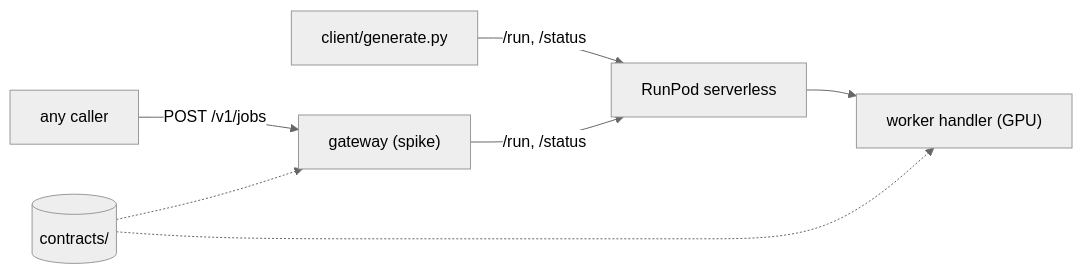
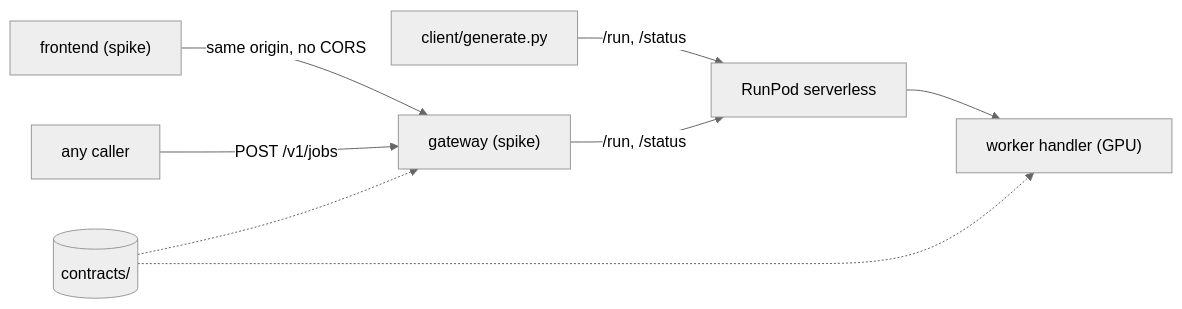
Before and after one commit to andyozj/test-runpod: the second of 7 diagrams in README.md, drawn with Mermaid (neutral theme). The commit also changed other lines of this file and 5 other files, not shown here.

````diff
--- a/README.md
+++ b/README.md
@@ -279,9 +288,10 @@
 ```mermaid
 flowchart LR
+    fe["frontend (spike)"] -->|"same origin, no CORS"| gw
     caller["any caller"] -->|"POST /v1/jobs"| gw["gateway (spike)"]
     client["client/generate.py"] -->|"/run, /status"| rp["RunPod serverless"]
     gw -->|"/run, /status"| rp
     rp --> w["worker handler (GPU)"]
     c[("contracts/")] -.-> gw
     c -.-> w
 ```
````
